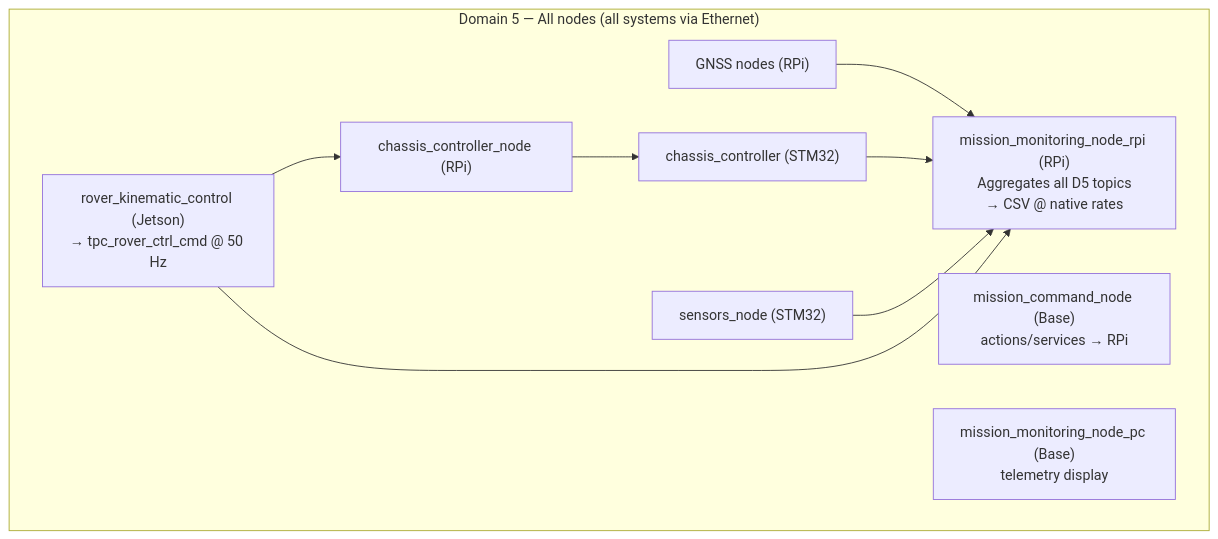
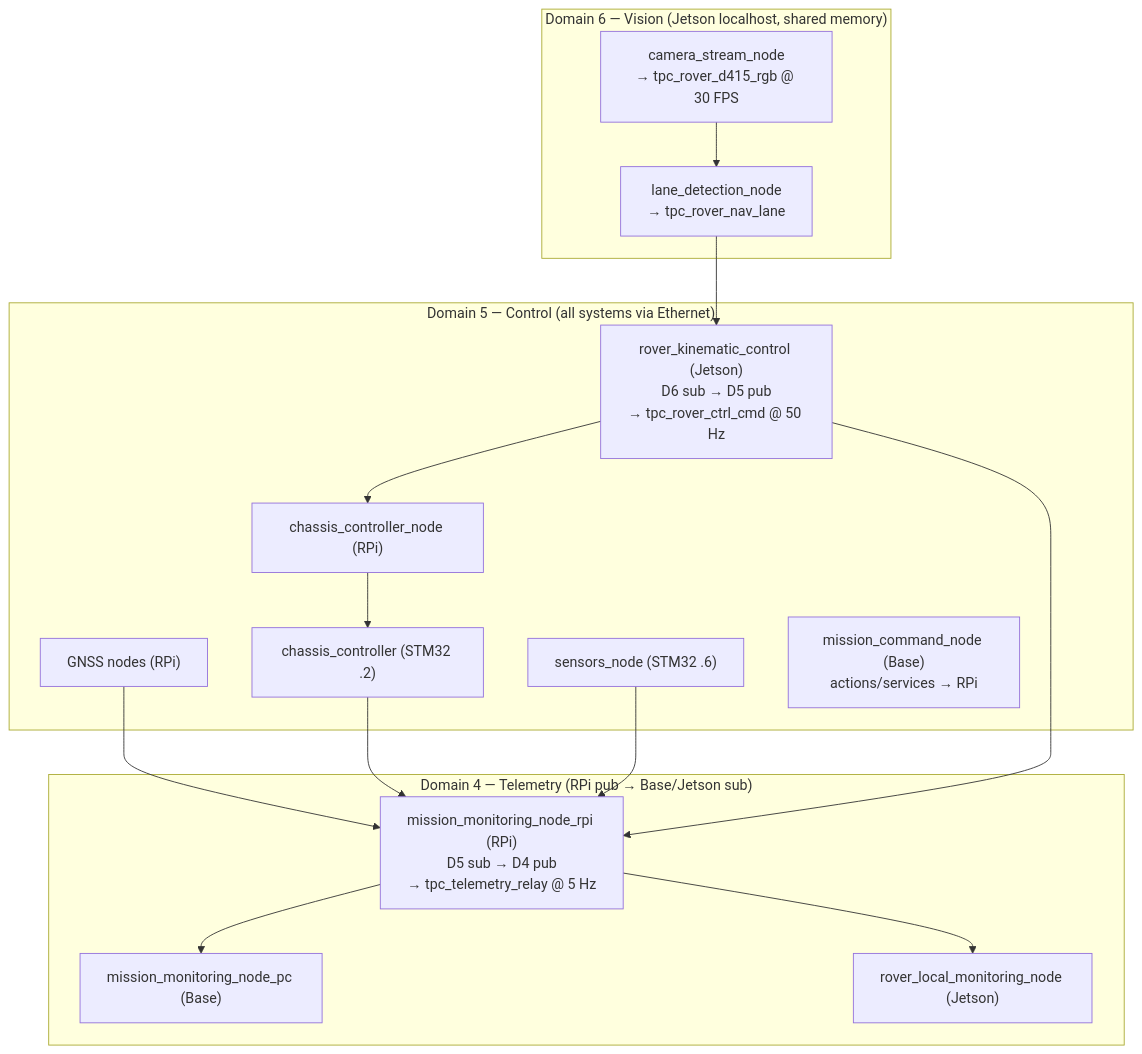
The diagram in docs/DOMAINS.md (RoboticsGG/almondmatcha), drawn with Mermaid before and after one commit. The commit also changed other lines of this file and 7 other files, not shown here.

````diff
--- a/docs/DOMAINS.md
+++ b/docs/DOMAINS.md
@@ -15,19 +17,31 @@
 ```mermaid
 flowchart TB
-    subgraph D5["Domain 5 — All nodes (all systems via Ethernet)"]
-        CTRL["rover_kinematic_control (Jetson)\n→ tpc_rover_ctrl_cmd @ 50 Hz"]
-        CC["chassis_controller_node (RPi)"]
-        STM32C["chassis_controller (STM32)"]
-        STM32S["sensors_node (STM32)"]
-        GNSS["GNSS nodes (RPi)"]
-        MON["mission_monitoring_node_rpi (RPi)\nAggregates all D5 topics\n→ CSV @ native rates"]
-        CMD["mission_command_node (Base)\nactions/services → RPi"]
-        PC["mission_monitoring_node_pc (Base)\ntelemetry display"]
+    subgraph D6["Domain 6 — Vision (Jetson localhost, shared memory)"]
+        CAM["camera_stream_node\n→ tpc_rover_d415_rgb @ 30 FPS"]
+        LANE["lane_detection_node\n→ tpc_rover_nav_lane"]
     end
 
+    subgraph D5["Domain 5 — Control (all systems via Ethernet)"]
+        CTRL["rover_kinematic_control (Jetson)\nD6 sub → D5 pub\n→ tpc_rover_ctrl_cmd @ 50 Hz"]
+        CC["chassis_controller_node (RPi)"]
+        STM32C["chassis_controller (STM32 .2)"]
+        STM32S["sensors_node (STM32 .6)"]
+        GNSS["GNSS nodes (RPi)"]
+        CMD["mission_command_node (Base)\nactions/services → RPi"]
+    end
+
+    subgraph D4["Domain 4 — Telemetry (RPi pub → Base/Jetson sub)"]
+        MON_RPi["mission_monitoring_node_rpi (RPi)\nD5 sub → D4 pub\n→ tpc_telemetry_relay @ 5 Hz"]
+        MON_PC["mission_monitoring_node_pc (Base)"]
+        MON_J["rover_local_monitoring_node (Jetson)"]
+    end
+
+    CAM --> LANE --> CTRL
     CTRL --> CC --> STM32C
-    GNSS --> MON
-    STM32C --> MON
-    STM32S --> MON
-    CTRL --> MON
+    GNSS --> MON_RPi
+    STM32C --> MON_RPi
+    STM32S --> MON_RPi
+    CTRL --> MON_RPi
+    MON_RPi --> MON_PC
+    MON_RPi --> MON_J
 ```
````
